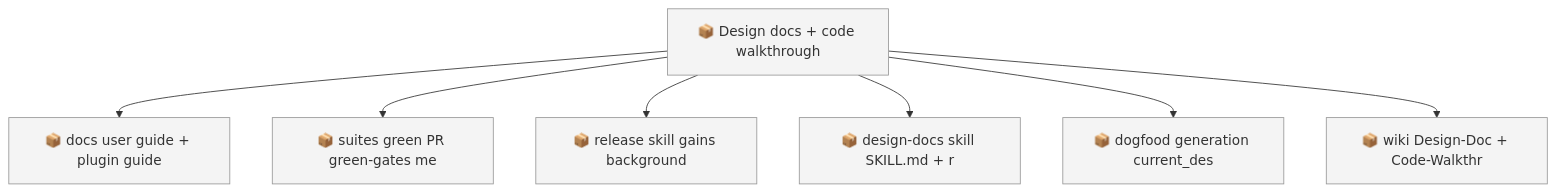
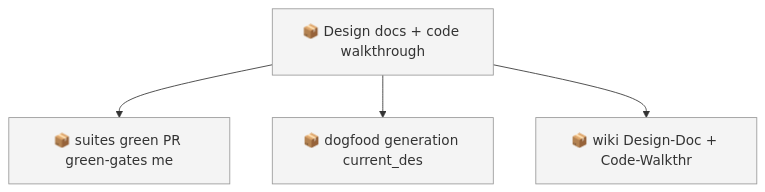
One commit to SpillwaveSolutions/wiki_ticket_sdd changed the first of 2 diagrams in docs/roadmap.md. Above: the diagram before and after it, drawn with Mermaid. The commit also changed other lines of this file and 18 other files, not shown here.

First line of the commit message:
feat: design-docs skill + release doc-sync wiring (wave 1)

````diff
--- a/docs/roadmap.md
+++ b/docs/roadmap.md
@@ -41,18 +38,12 @@
 ```mermaid
 graph TD
     01KXY7X0QH47Z6B5QZD5G052FJ["📦 Design docs + code walkthrough"]
-    01KXY7X0QJ2SBY6KTQ30AKASP7["📦 docs user guide + plugin guide"]
     01KXY7X0QJ79852RFK5Q8F6FZM["📦 suites green PR green-gates me"]
-    01KXY7X0QJAE0QH2W30JKK39TA["📦 release skill gains background"]
-    01KXY7X0QJCEHRDABCXF6QKXF7["📦 design-docs skill SKILL.md + r"]
     01KXY7X0QJQHZBCSCR438RFFMM["📦 dogfood generation current_des"]
     01KXY7X0QJY4JZWYYF2CA46B9G["📦 wiki Design-Doc + Code-Walkthr"]
-    01KXY7X0QH47Z6B5QZD5G052FJ --> 01KXY7X0QJ2SBY6KTQ30AKASP7
     01KXY7X0QH47Z6B5QZD5G052FJ --> 01KXY7X0QJ79852RFK5Q8F6FZM
-    01KXY7X0QH47Z6B5QZD5G052FJ --> 01KXY7X0QJAE0QH2W30JKK39TA
-    01KXY7X0QH47Z6B5QZD5G052FJ --> 01KXY7X0QJCEHRDABCXF6QKXF7
     01KXY7X0QH47Z6B5QZD5G052FJ --> 01KXY7X0QJQHZBCSCR438RFFMM
     01KXY7X0QH47Z6B5QZD5G052FJ --> 01KXY7X0QJY4JZWYYF2CA46B9G
     classDef todo fill:#f4f4f4,stroke:#999999
-    class 01KXY7X0QH47Z6B5QZD5G052FJ,01KXY7X0QJ2SBY6KTQ30AKASP7,01KXY7X0QJ79852RFK5Q8F6FZM,01KXY7X0QJAE0QH2W30JKK39TA,01KXY7X0QJCEHRDABCXF6QKXF7,01KXY7X0QJQHZBCSCR438RFFMM,01KXY7X0QJY4JZWYYF2CA46B9G todo
+    class 01KXY7X0QH47Z6B5QZD5G052FJ,01KXY7X0QJ79852RFK5Q8F6FZM,01KXY7X0QJQHZBCSCR438RFFMM,01KXY7X0QJY4JZWYYF2CA46B9G todo
 ```
````
